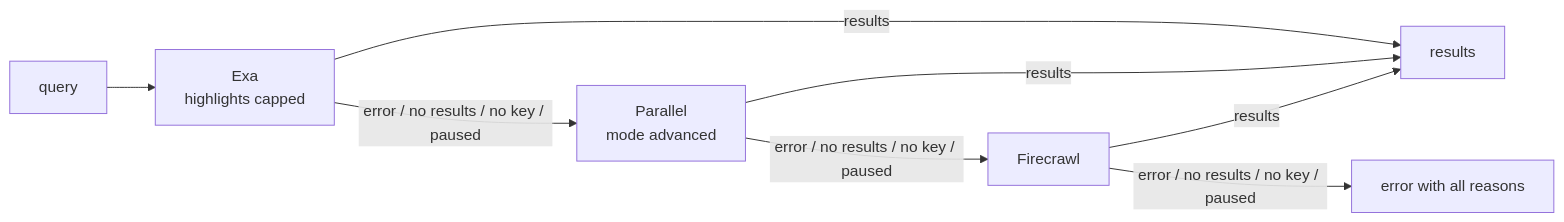
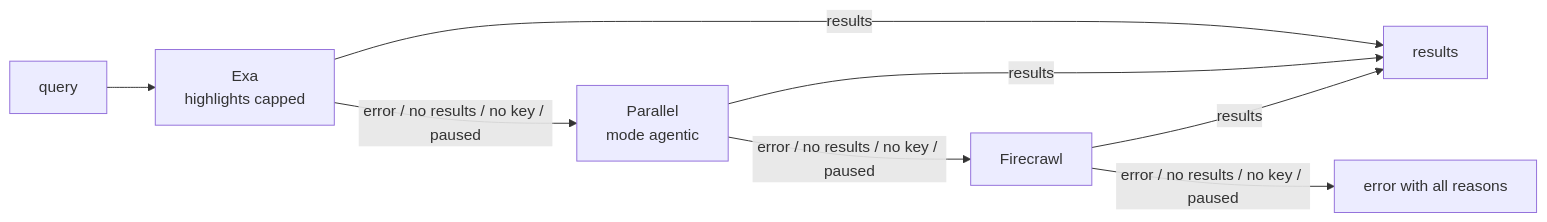
The diagram in README.md (Pressimize/hermes-search-chain), drawn with Mermaid before and after one commit. The commit also changed other lines of this file and 7 other files, not shown here.

````diff
--- a/README.md
+++ b/README.md
@@ -11,10 +11,10 @@
 ```mermaid
 flowchart LR
     Q[query] --> E[Exa<br>highlights capped]
     E -- results --> R[results]
-    E -- error / no results / no key / paused --> P[Parallel<br>mode advanced]
+    E -- error / no results / no key / paused --> P[Parallel<br>mode agentic]
     P -- results --> R
     P -- error / no results / no key / paused --> F[Firecrawl]
     F -- results --> R
     F -- error / no results / no key / paused --> X[error with all reasons]
 ```
````
